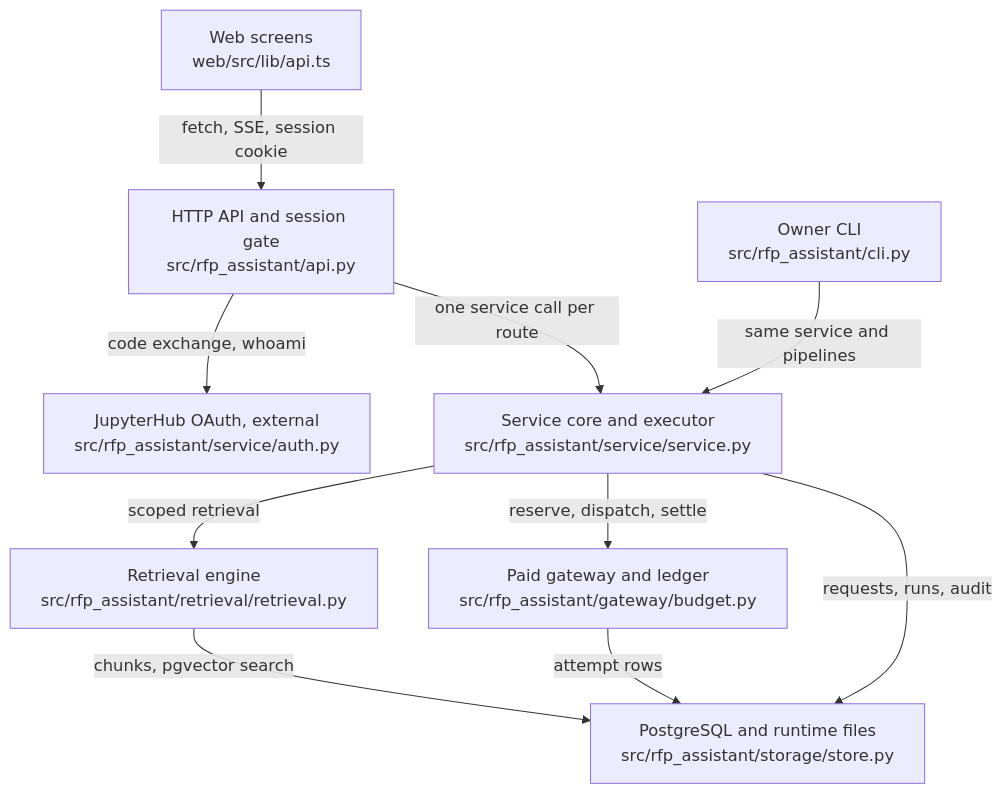
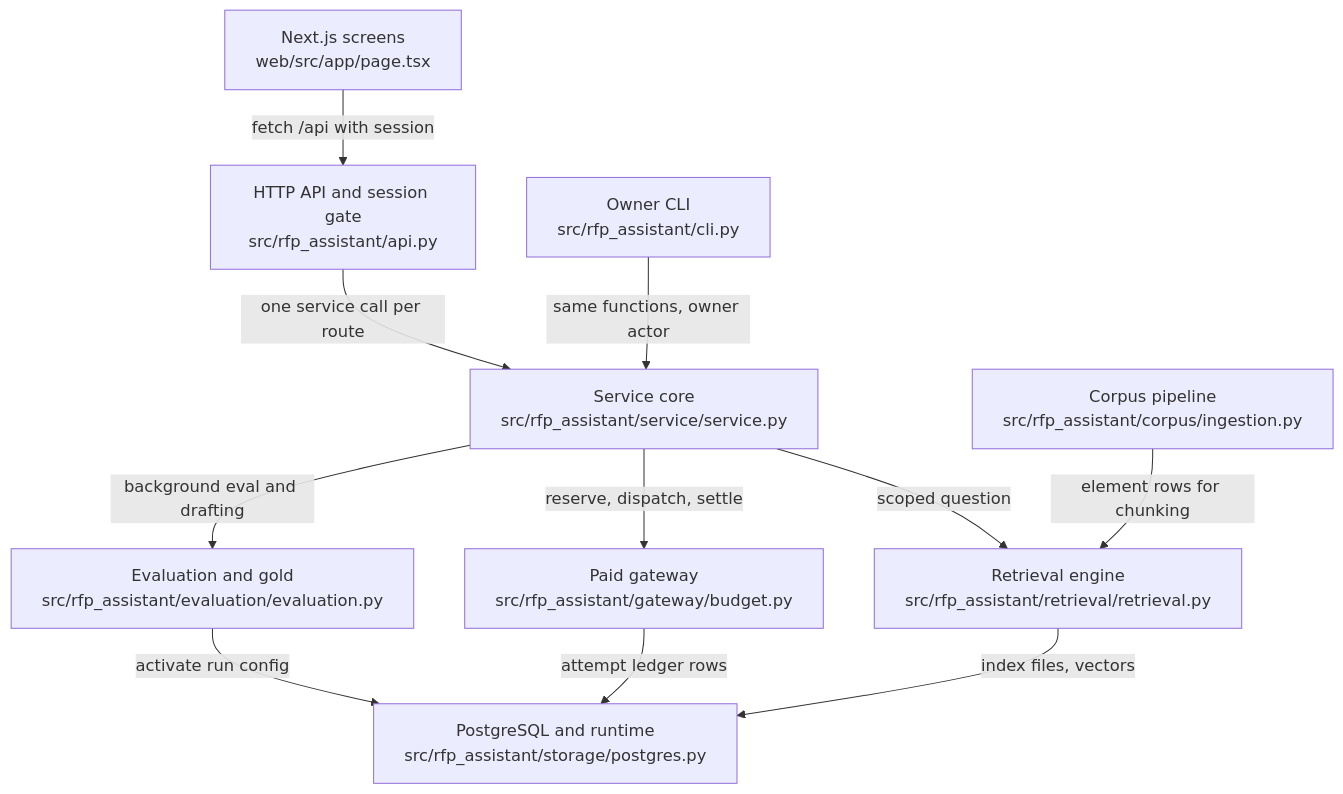
The diagram in .omm/overall-architecture/diagram.mmd (littleeeeebit/project-codeit-mid), drawn with Mermaid before and after one commit. The commit also changed 346 other files, not shown here.

Commit message:
Refresh wiki and architecture before merge

```diff
--- a/.omm/overall-architecture/diagram.mmd
+++ b/.omm/overall-architecture/diagram.mmd
@@ -1,18 +1,11 @@
 graph TD
-  web-screens["Web screens\nweb/src/lib/api.ts"]
-  api-layer["HTTP API and session gate\nsrc/rfp_assistant/api.py"]
-  jupyterhub["JupyterHub OAuth, external\nsrc/rfp_assistant/service/auth.py"]
-  service-core["Service core and executor\nsrc/rfp_assistant/service/service.py"]
-  retrieval-engine["Retrieval engine\nsrc/rfp_assistant/retrieval/retrieval.py"]
-  paid-gateway["Paid gateway and ledger\nsrc/rfp_assistant/gateway/budget.py"]
-  storage["PostgreSQL and runtime files\nsrc/rfp_assistant/storage/store.py"]
-  owner-cli["Owner CLI\nsrc/rfp_assistant/cli.py"]
-  web-screens -->|fetch, SSE, session cookie| api-layer
-  api-layer -->|code exchange, whoami| jupyterhub
-  api-layer -->|one service call per route| service-core
-  service-core -->|scoped retrieval| retrieval-engine
-  service-core -->|reserve, dispatch, settle| paid-gateway
-  retrieval-engine -->|chunks, pgvector search| storage
-  paid-gateway -->|attempt rows| storage
-  service-core -->|requests, runs, audit| storage
-  owner-cli -->|same service and pipelines| service-core
+  web-screens["Next.js screens\nweb/src/app/page.tsx"] -->|"fetch /api with session"| api-layer["HTTP API and session gate\nsrc/rfp_assistant/api.py"]
+  api-layer -->|"one service call per route"| service-core["Service core\nsrc/rfp_assistant/service/service.py"]
+  owner-cli["Owner CLI\nsrc/rfp_assistant/cli.py"] -->|"same functions, owner actor"| service-core
+  service-core -->|"scoped question"| retrieval-engine["Retrieval engine\nsrc/rfp_assistant/retrieval/retrieval.py"]
+  service-core -->|"reserve, dispatch, settle"| paid-gateway["Paid gateway\nsrc/rfp_assistant/gateway/budget.py"]
+  service-core -->|"background eval and drafting"| evaluation["Evaluation and gold\nsrc/rfp_assistant/evaluation/evaluation.py"]
+  corpus-pipeline["Corpus pipeline\nsrc/rfp_assistant/corpus/ingestion.py"] -->|"element rows for chunking"| retrieval-engine
+  evaluation -->|"activate run config"| storage["PostgreSQL and runtime\nsrc/rfp_assistant/storage/postgres.py"]
+  paid-gateway -->|"attempt ledger rows"| storage
+  retrieval-engine -->|"index files, vectors"| storage
```
